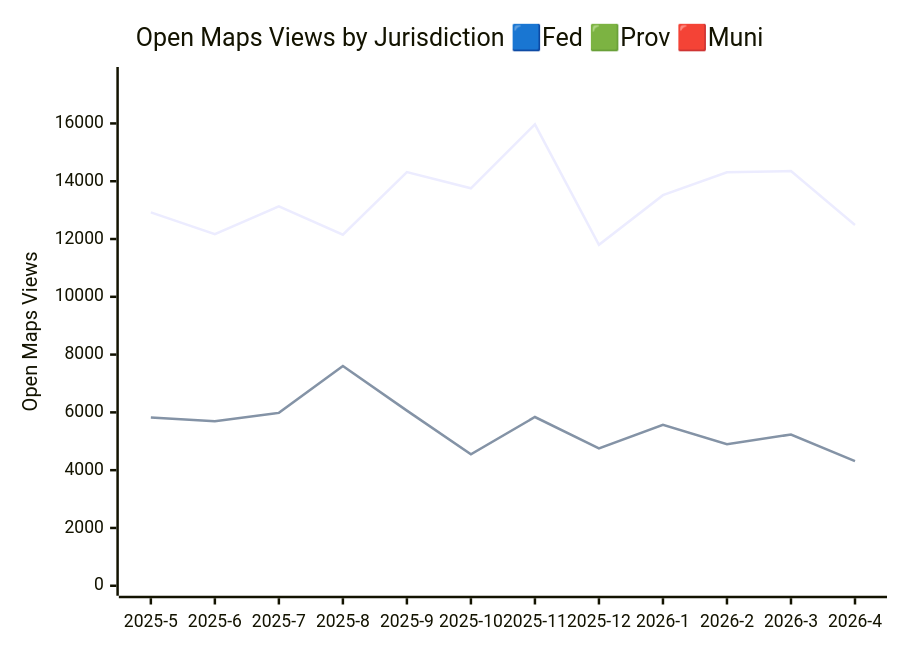
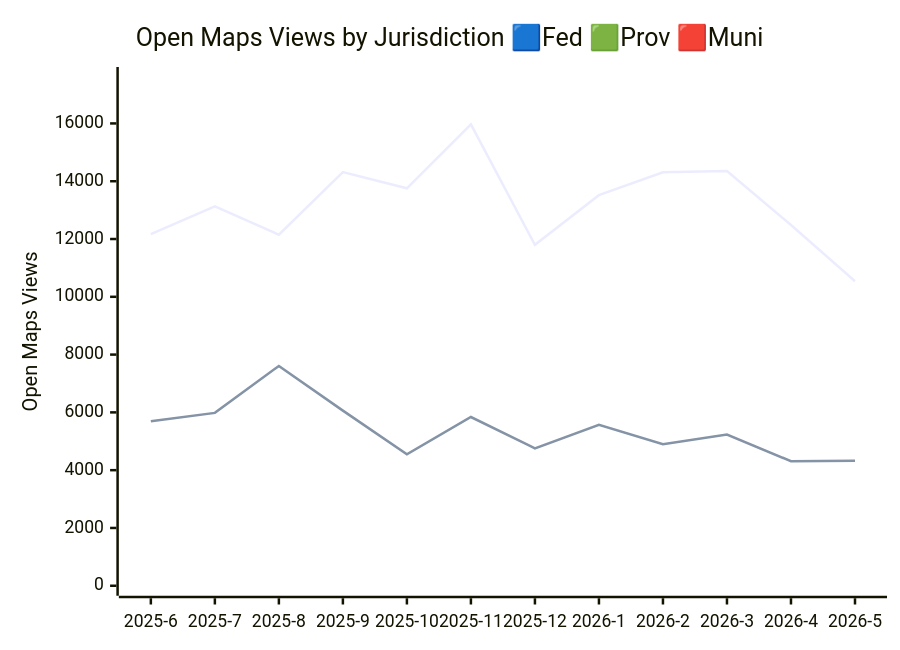
One commit to PatLittle/analytics-corporate-reporting changed the third of 3 diagrams in JURISDICTION_ANALYTICS_REPORT/readme.md. Above: the diagram before and after it, drawn with Mermaid. The commit also changed other lines of this file and 3 other files, not shown here.

````diff
--- a/JURISDICTION_ANALYTICS_REPORT/readme.md
+++ b/JURISDICTION_ANALYTICS_REPORT/readme.md
@@ -42,9 +42,9 @@
 ```mermaid
 
 xychart-beta
     title "Open Maps Views by Jurisdiction 🟦Fed 🟩Prov 🟥Muni"
-    x-axis [2025-5, 2025-6, 2025-7, 2025-8, 2025-9, 2025-10, 2025-11, 2025-12, 2026-1, 2026-2, 2026-3, 2026-4]
+    x-axis [2025-6, 2025-7, 2025-8, 2025-9, 2025-10, 2025-11, 2025-12, 2026-1, 2026-2, 2026-3, 2026-4, 2026-5]
     y-axis "Open Maps Views" 0 --> 17607
-    line [12922, 12169, 13130, 12149, 14318, 13754, 15966, 11799, 13518, 14311, 14350, 12485]
-    line [5819, 5692, 5983, 7608, 6061, 4549, 5839, 4756, 5572, 4900, 5234, 4310]
+    line [12169, 13130, 12149, 14318, 13754, 15966, 11799, 13518, 14311, 14350, 12485, 10540]
+    line [5692, 5983, 7608, 6061, 4549, 5839, 4756, 5572, 4900, 5234, 4310, 4324]
 ```
````
